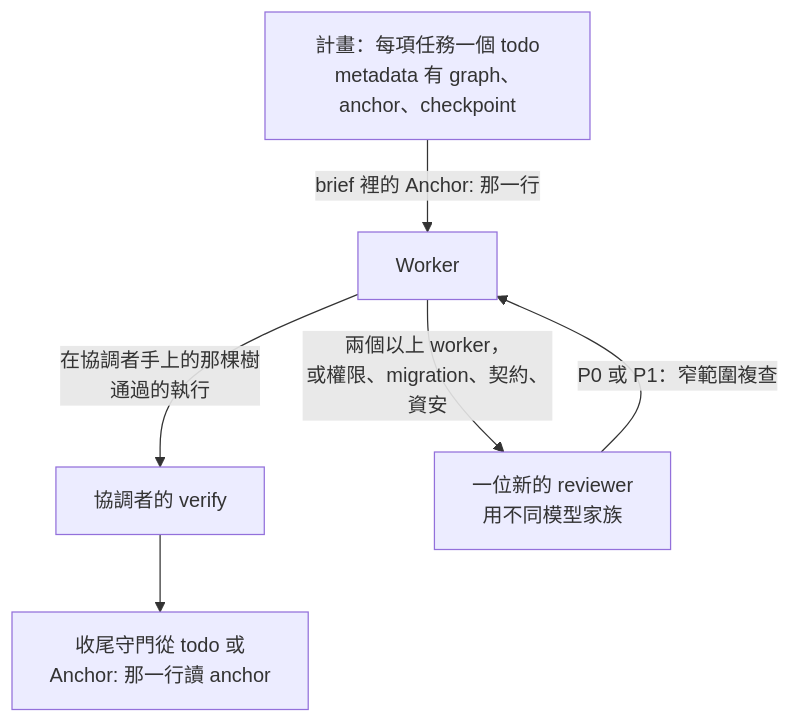
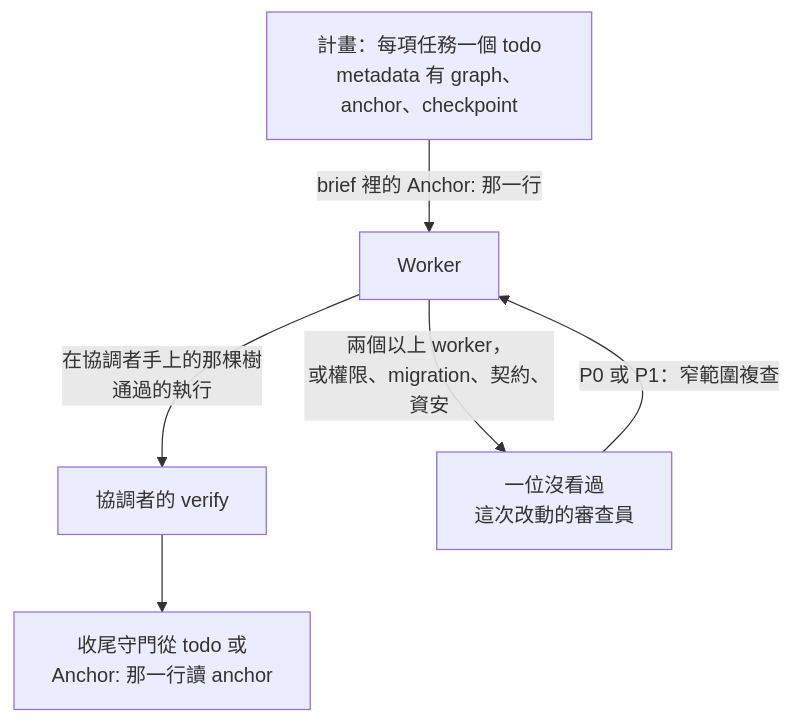
One commit to wayne930242/anchorloop changed the first of 2 diagrams in site/src/content/docs/zh-tw/guide/with-straw-boss.md. Above: the diagram before and after it, drawn with Mermaid. The commit also changed other lines of this file and 16 other files, not shown here.

Commit message:
feat: defer test-only car review and accept any reviewer model; release 3.3.0

````diff
--- a/site/src/content/docs/zh-tw/guide/with-straw-boss.md
+++ b/site/src/content/docs/zh-tw/guide/with-straw-boss.md
@@ -39,8 +39,8 @@
 ```mermaid
 flowchart TD
   plan["計畫：每項任務一個 todo<br/>metadata 有 graph、anchor、checkpoint"] -->|"brief 裡的 Anchor: 那一行"| worker["Worker"]
   worker -->|"在協調者手上的那棵樹<br/>通過的執行"| verify["協調者的 verify"]
-  worker -->|"兩個以上 worker，<br/>或權限、migration、契約、資安"| review["一位新的 reviewer<br/>用不同模型家族"]
+  worker -->|"兩個以上 worker，<br/>或權限、migration、契約、資安"| review["一位沒看過<br/>這次改動的審查員"]
   review -->|"P0 或 P1：窄範圍複查"| worker
   verify --> guard["收尾守門從 todo 或<br/>Anchor: 那一行讀 anchor"]
 ```
````
